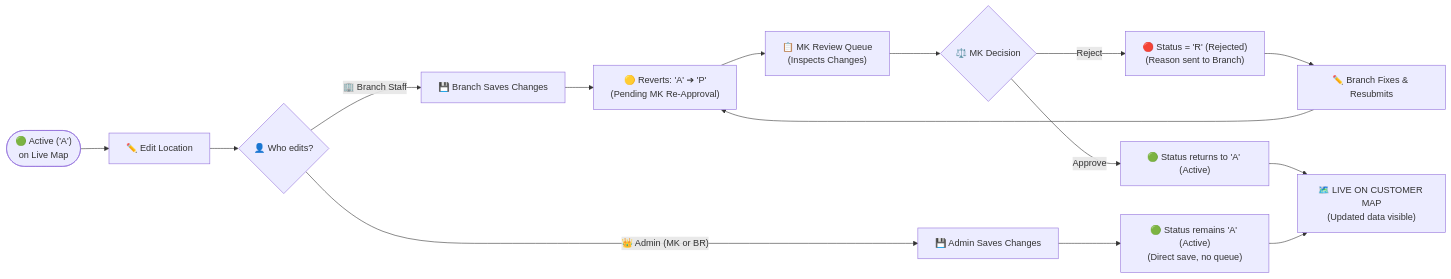
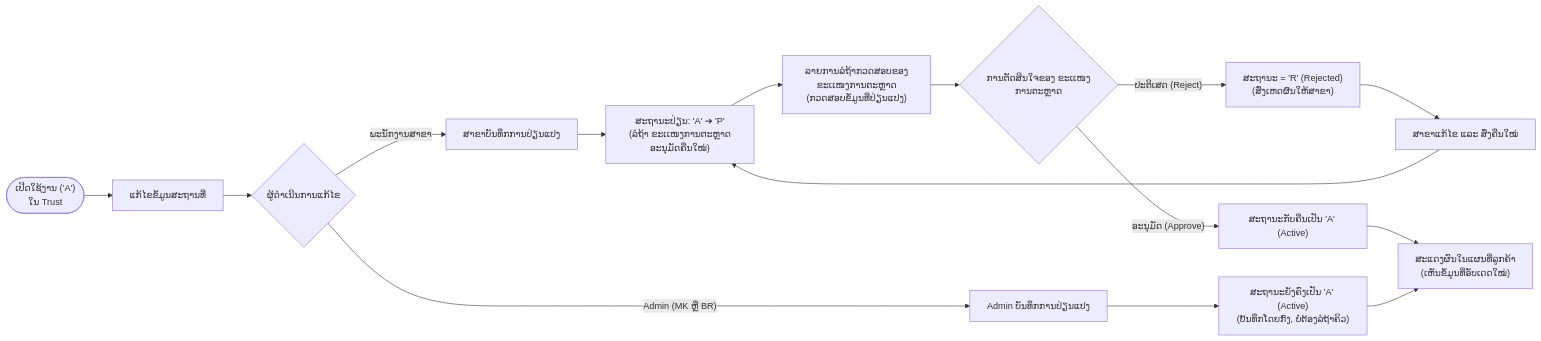
Before and after one commit to Touy2004/for-read-markdown: the second of 3 diagrams in README.md, drawn with Mermaid. The commit also changed other lines of this file, not shown here.

````diff
--- a/README.md
+++ b/README.md
@@ -96,25 +108,26 @@
 ```mermaid
 flowchart LR
-    Active(["🟢 Active ('A')\non Live Map"]) --> ClickEdit["✏️ Edit Location"]
-    ClickEdit --> WhoEdits{"👤 Who edits?"}
-    
+    Active(["ເປີດໃຊ້ງານ ('A')\nໃນ Trust"]) --> ClickEdit["ແກ້ໄຂຂໍ້ມູນສະຖານທີ່"]
+    ClickEdit --> WhoEdits{"ຜູ້ດຳເນີນການແກ້ໄຂ"}
+
     %% Branch Staff Path
-    WhoEdits -- "🏢 Branch Staff" --> BranchSave["💾 Branch Saves Changes"]
-    BranchSave --> RevertP["🟡 Reverts: 'A' ➔ 'P'\n(Pending MK Re-Approval)"]
-    RevertP --> MKReview["📋 MK Review Queue\n(Inspects Changes)"]
-    MKReview --> Decision{"⚖️ MK Decision"}
-    
-    Decision -- "Reject" --> RevertR["🔴 Status = 'R' (Rejected)\n(Reason sent to Branch)"]
-    RevertR --> BranchFix["✏️ Branch Fixes & Resubmits"]
+    WhoEdits -- "ພະນັກງານສາຂາ" --> BranchSave["ສາຂາບັນທຶກການປ່ຽນແປງ"]
+    BranchSave --> RevertP["ສະຖານະປ່ຽນ: 'A' ➔ 'P'\n(ລໍຖ້າ ຂະເເໜງການຕະຫຼາດອະນຸມັດຄືນໃໝ່)"]
+    RevertP --> MKReview["ລາຍການລໍຖ້າກວດສອບຂອງຂະເເໜງການຕະຫຼາດ\n(ກວດສອບຂໍ້ມູນທີ່ປ່ຽນແປງ)"]
+    MKReview --> Decision{"ການຕັດສິນໃຈຂອງ ຂະເເໜງການຕະຫຼາດ"}
+
+    Decision -- "ປະຕິເສດ (Reject)" --> RevertR["ສະຖານະ = 'R' (Rejected)\n(ສົ່ງເຫດຜົນໃຫ້ສາຂາ)"]
+    RevertR --> BranchFix["ສາຂາແກ້ໄຂ ແລະ ສົ່ງຄືນໃໝ່"]
     BranchFix --> RevertP
-    
-    Decision -- "Approve" --> ReturnA["🟢 Status returns to 'A' (Active)"]
-    
+
+    Decision -- "ອະນຸມັດ (Approve)" --> ReturnA["ສະຖານະກັບຄືນເປັນ 'A' (Active)"]
+
     %% Admin Direct Path
-    WhoEdits -- "👑 Admin (MK or BR)" --> AdminSave["💾 Admin Saves Changes"]
-    AdminSave --> KeepA["🟢 Status remains 'A' (Active)\n(Direct save, no queue)"]
-    
+    WhoEdits -- "Admin (MK ຫຼື BR)" --> AdminSave["Admin ບັນທຶກການປ່ຽນແປງ"]
+    AdminSave --> KeepA["ສະຖານະຍັງຄົງເປັນ 'A' (Active)\n(ບັນທຶກໂດຍກົງ, ບໍ່ຕ້ອງລໍຖ້າຄິວ)"]
+
     %% Live Output
-    ReturnA --> LiveMap["🗺️ LIVE ON CUSTOMER MAP\n(Updated data visible)"]
+    ReturnA --> LiveMap["ສະແດງຜົນໃນແຜນທີ່ລູກຄ້າ\n(ເຫັນຂໍ້ມູນທີ່ອັບເດດໃໝ່)"]
     KeepA --> LiveMap
+
 ```
````
